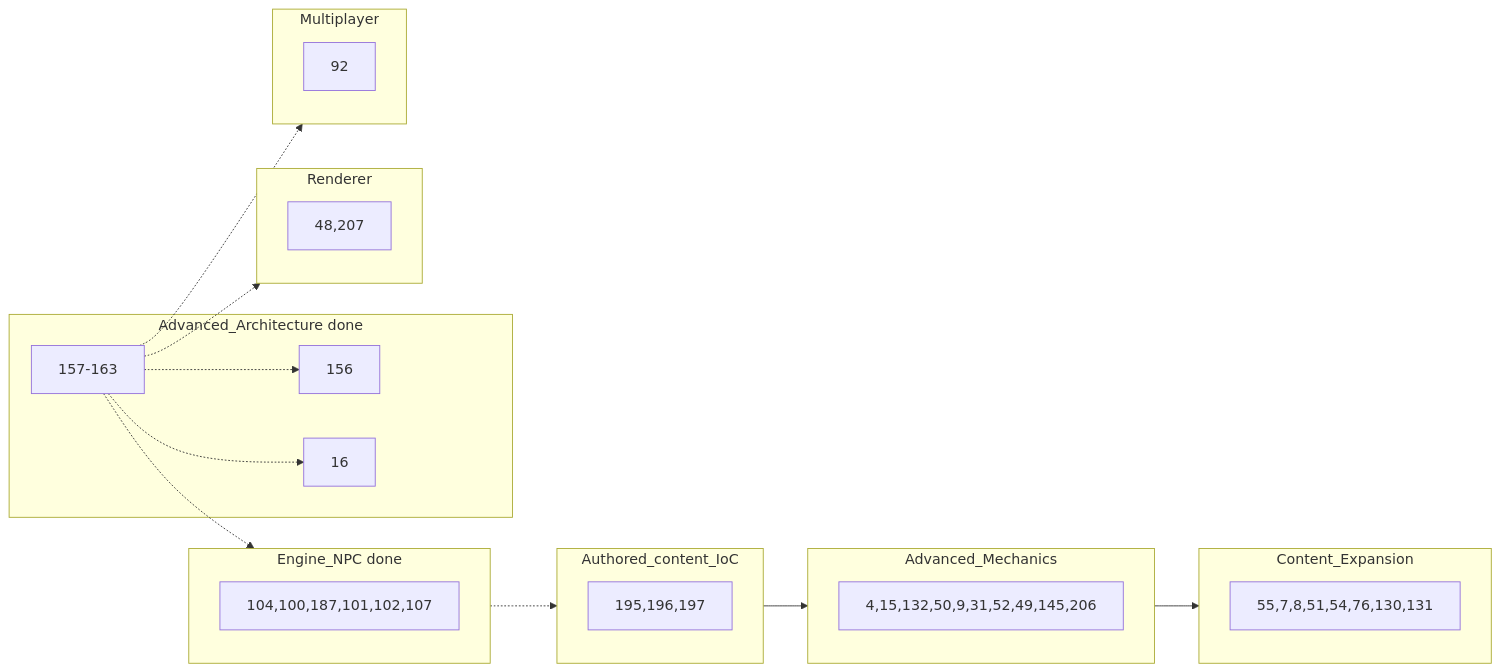
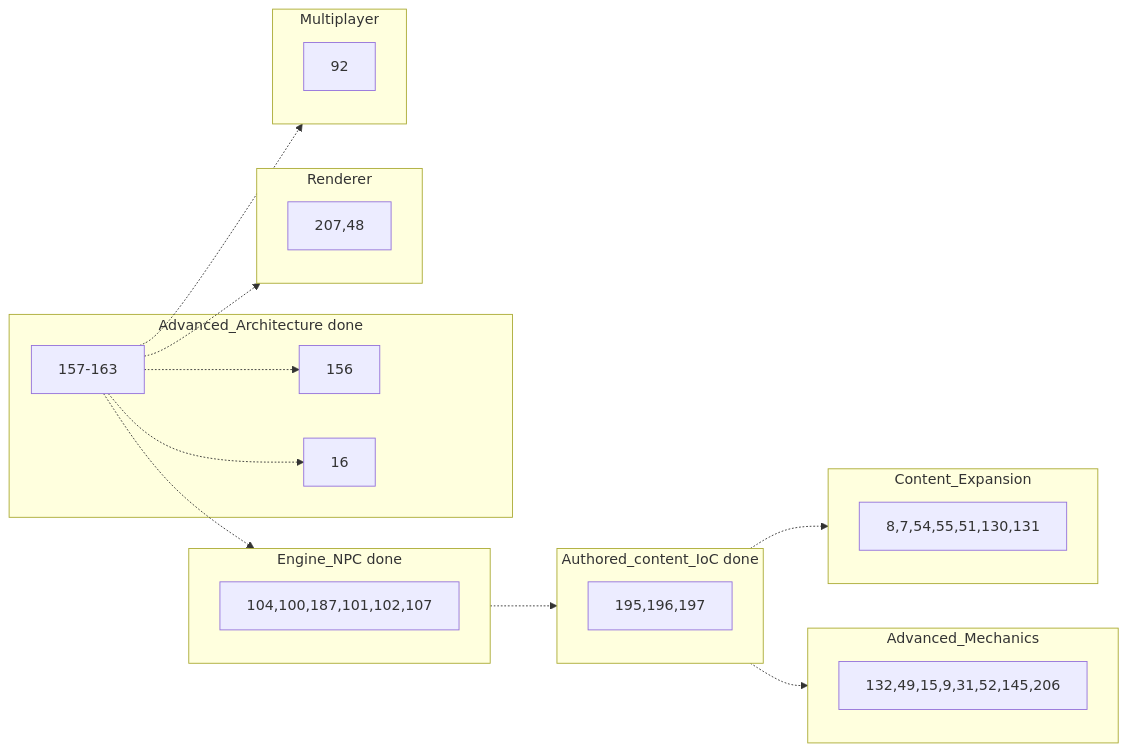
Before and after one commit to ianmays/dosmud: the diagram in DEV_PLAN.md, drawn with Mermaid. The commit also changed other lines of this file, not shown here.

First line of the commit message:
align DEV_PLAN with authored-content spine before roadmap reset

````diff
--- a/DEV_PLAN.md
+++ b/DEV_PLAN.md
@@ -48,34 +48,34 @@
 ```mermaid
 flowchart LR
   subgraph m5_done [Advanced_Architecture done]
     M5chain["157-163"]
     M5adj["156"]
     M5late["16"]
   end
   subgraph m9_done [Engine_NPC done]
     M9a["104,100,187,101,102,107"]
   end
-  subgraph m10 [Authored_content_IoC]
+  subgraph m10_done [Authored_content_IoC done]
     M10["195,196,197"]
   end
   subgraph m8 [Advanced_Mechanics]
-    M8["4,15,132,50,9,31,52,49,145,206"]
+    M8["132,49,15,9,31,52,145,206"]
   end
   subgraph m6 [Content_Expansion]
-    M6["55,7,8,51,54,76,130,131"]
+    M6["8,7,54,55,51,130,131"]
   end
   subgraph m7 [Renderer]
-    M7["48,207"]
+    M7["207,48"]
   end
   subgraph m11 [Multiplayer]
     M11["92"]
   end
   M5chain -.-> M5adj
   M5chain -.-> M5late
   M5chain -.-> m9_done
-  m9_done -.-> m10
-  m10 --> m8
-  m8 --> m6
+  m9_done -.-> m10_done
+  m10_done -.-> m6
+  m10_done -.-> m8
   M5chain -.-> m7
   M5chain -.-> m11
 ```
````
